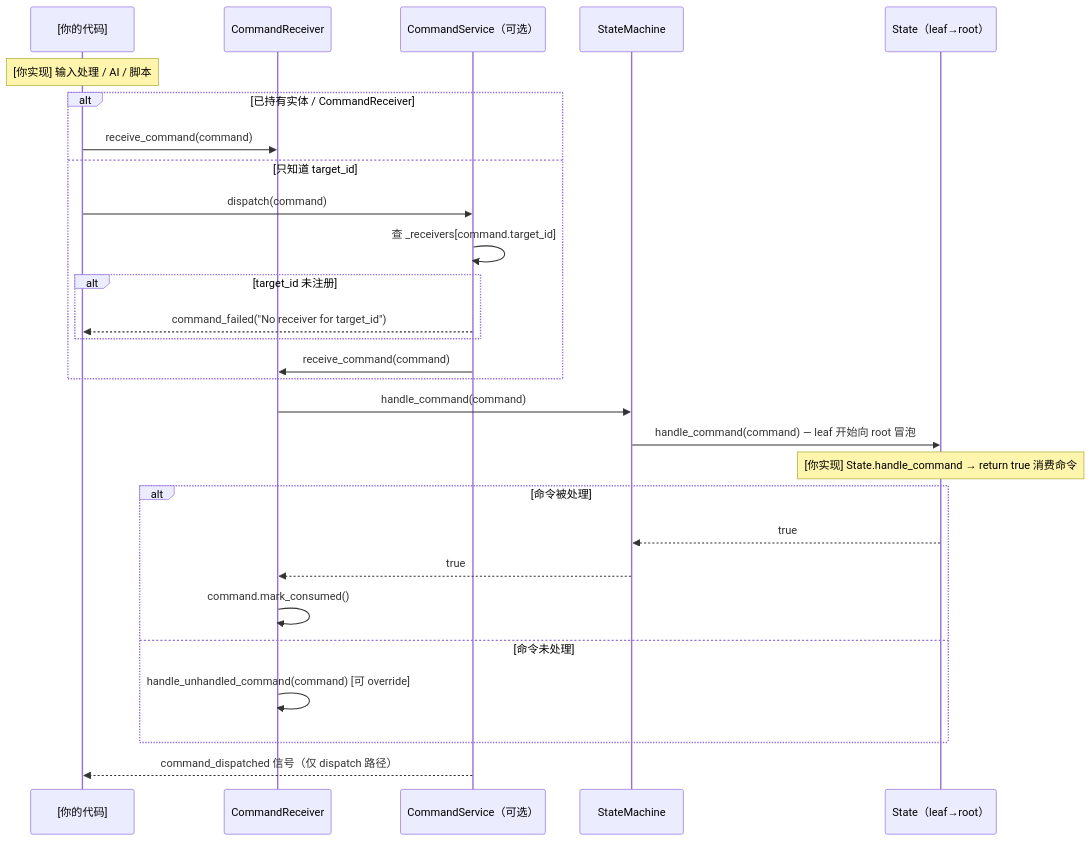
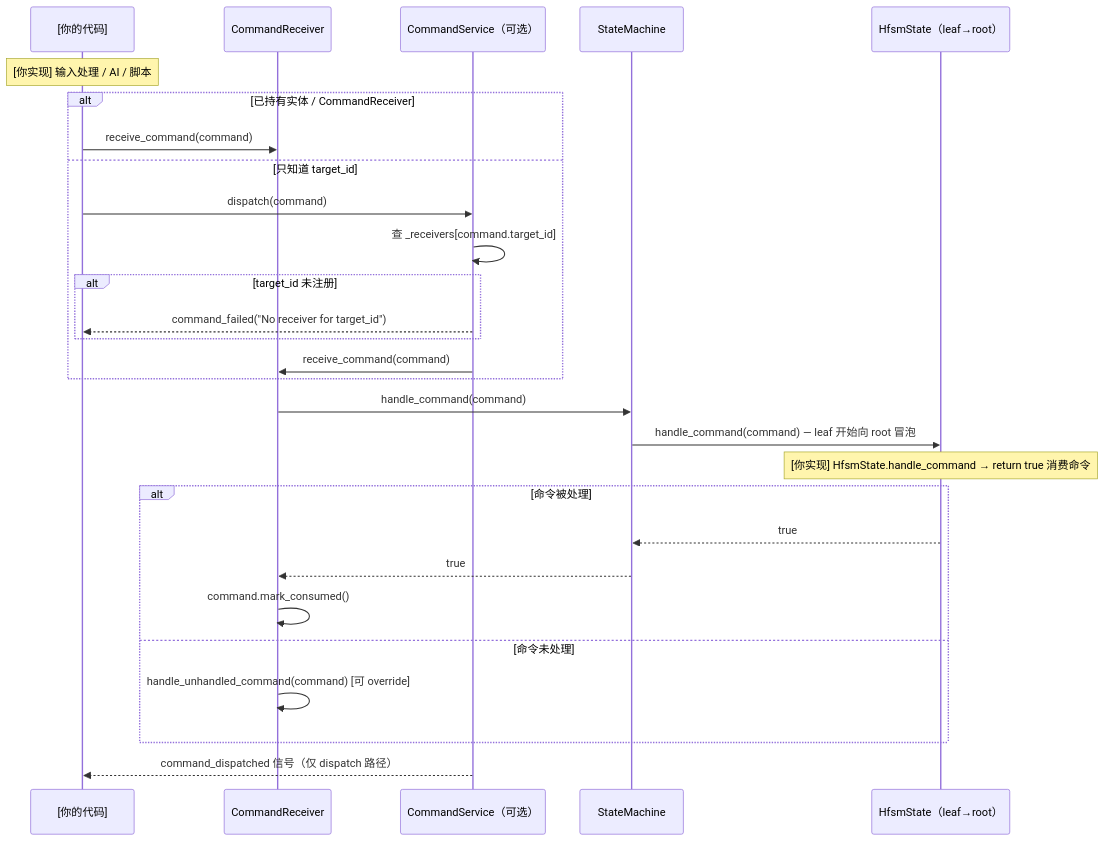
One commit to xiaofeiqiu/mkit changed the third of 20 diagrams in docs/pipeline.md. Above: the diagram before and after it, drawn with Mermaid. The commit also changed other lines of this file and 57 other files, not shown here.

````diff
--- a/docs/pipeline.md
+++ b/docs/pipeline.md
@@ -166,31 +166,31 @@
 ```mermaid
 sequenceDiagram
     participant You as [你的代码]
     participant CR as CommandReceiver
     participant CS as CommandService（可选）
     participant SM as StateMachine
-    participant S as State（leaf→root）
+    participant S as HfsmState（leaf→root）
 
     Note over You: [你实现] 输入处理 / AI / 脚本
     alt 已持有实体 / CommandReceiver
         You->>CR: receive_command(command)
     else 只知道 target_id
         You->>CS: dispatch(command)
         CS->>CS: 查 _receivers[command.target_id]
         alt target_id 未注册
             CS-->>You: command_failed("No receiver for target_id")
         end
         CS->>CR: receive_command(command)
     end
     CR->>SM: handle_command(command)
     SM->>S: handle_command(command) — leaf 开始向 root 冒泡
-    Note over S: [你实现] State.handle_command → return true 消费命令
+    Note over S: [你实现] HfsmState.handle_command → return true 消费命令
     alt 命令被处理
         S-->>SM: true
         SM-->>CR: true
         CR->>CR: command.mark_consumed()
     else 命令未处理
         CR->>CR: handle_unhandled_command(command)  [可 override]
     end
     CS-->>You: command_dispatched 信号（仅 dispatch 路径）
 ```
````
